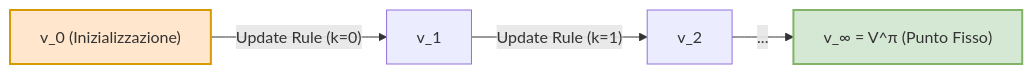
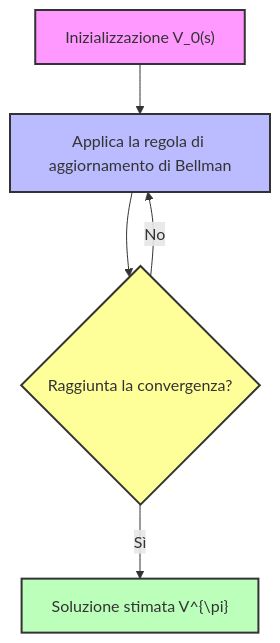
Before and after one commit to giovannistefanuto/Lezionify-Appunti: the fourth of 6 diagrams in Reinforcement Learning/2026-10-12/schema.md, drawn with Mermaid. The commit also changed other lines of this file and 2 other files, not shown here.

````diff
--- a/Reinforcement Learning/2026-10-12/schema.md
+++ b/Reinforcement Learning/2026-10-12/schema.md
@@ -161,8 +238,12 @@
 ```mermaid
-flowchart LR
-    V0["v_0 (Inizializzazione)"] -->|"Update Rule (k=0)"| V1["v_1"]
-    V1 -->|"Update Rule (k=1)"| V2["v_2"]
-    V2 -->|"..."| Vconv["v_∞ = V^π (Punto Fisso)"]
-    style V0 fill:#ffe6cc,stroke:#d79b00,stroke-width:2px
-    style Vconv fill:#d5e8d4,stroke:#82b366,stroke-width:2px
+flowchart TD
+    Start["Inizializzazione V_0(s)"] --> Loop["Applica la regola di aggiornamento di Bellman"]
+    Loop --> Check{"Raggiunta la convergenza?"}
+    Check -- No --> Loop
+    Check -- Sì --> End["Soluzione stimata V^{\pi}"]
+
+    style Start fill:#f9f,stroke:#333,stroke-width:2px
+    style Loop fill:#bbf,stroke:#333,stroke-width:2px
+    style Check fill:#ff9,stroke:#333,stroke-width:2px
+    style End fill:#bfb,stroke:#333,stroke-width:2px
 ```
````
